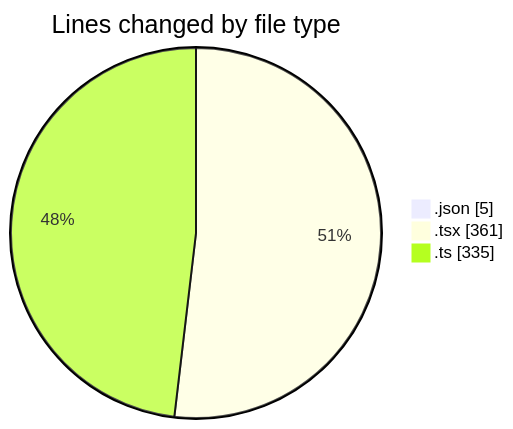
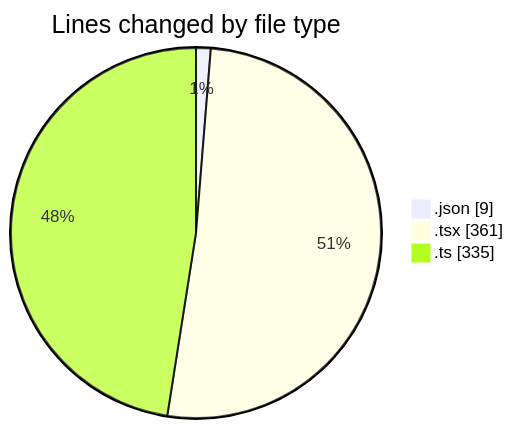
The first of 2 diagrams in 2025-10-27/eventscop-frontend-guide__workspace_/README.md (julien-gomy/code-tracking), drawn with Mermaid before and after one commit. The commit also changed other lines of this file and 1 other file, not shown here.

````diff
--- a/2025-10-27/eventscop-frontend-guide__workspace_/README.md
+++ b/2025-10-27/eventscop-frontend-guide__workspace_/README.md
@@ -24,7 +24,7 @@
 ```mermaid
 pie showData
 title Lines changed by file type
-".json" : 5
+".json" : 9
 ".tsx" : 361
 ".ts" : 335
 ```
````
